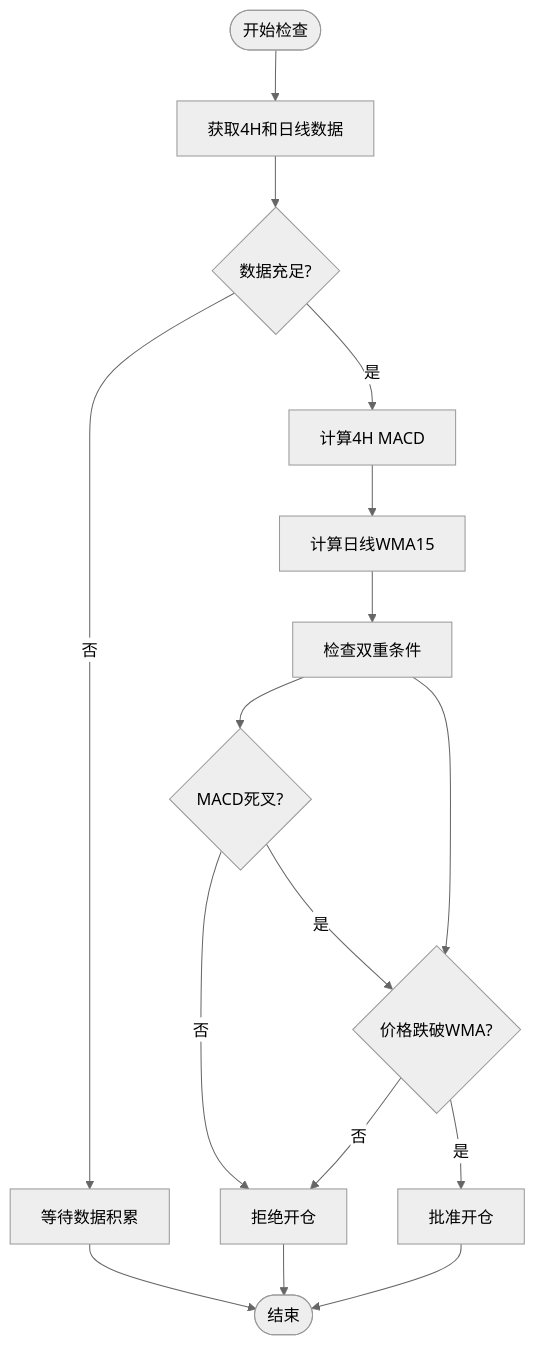
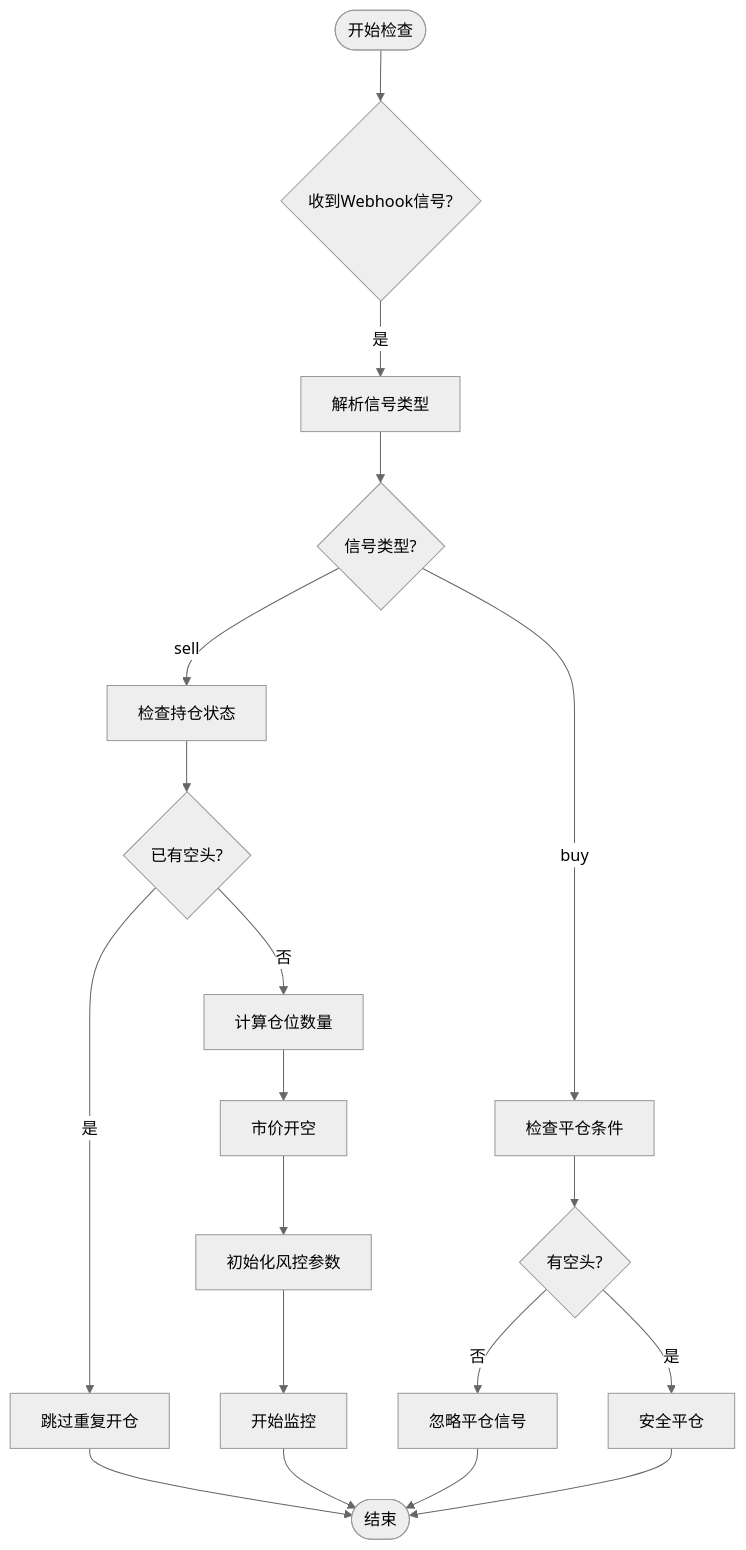
The fifth of 9 diagrams in .qoder/repowiki/zh/content/核心模块详解/策略框架/具体策略实现/HYPE自适应做空策略.md (zyf266/ending), drawn with Mermaid (neutral theme) before and after one commit. The commit also changed other lines of this file and 40 other files, not shown here.

````diff
--- a/.qoder/repowiki/zh/content/核心模块详解/策略框架/具体策略实现/HYPE自适应做空策略.md
+++ b/.qoder/repowiki/zh/content/核心模块详解/策略框架/具体策略实现/HYPE自适应做空策略.md
@@ -160,18 +206,21 @@
 ```mermaid
 flowchart TD
-Start([开始检查]) --> GetData["获取4H和日线数据"]
-GetData --> CheckData{"数据充足?"}
-CheckData --> |否| WaitData["等待数据积累"]
-CheckData --> |是| CalcMACD["计算4H MACD"]
-CalcMACD --> CalcWMA["计算日线WMA15"]
-CalcWMA --> CheckConditions["检查双重条件"]
-CheckConditions --> MACDCondition{"MACD死叉?"}
-CheckConditions --> PriceCondition{"价格跌破WMA?"}
-MACDCondition --> |否| Reject["拒绝开仓"]
-PriceCondition --> |否| Reject
-MACDCondition --> |是| PriceCondition
-PriceCondition --> |是| Approve["批准开仓"]
-Reject --> End([结束])
-Approve --> End
-WaitData --> End
+Start([开始检查]) --> CheckSignal{"收到Webhook信号?"}
+CheckSignal --> |是| ParseSignal["解析信号类型"]
+ParseSignal --> CheckType{"信号类型?"}
+CheckType --> |sell| CheckPosition["检查持仓状态"]
+CheckType --> |buy| CheckClose["检查平仓条件"]
+CheckPosition --> HasPosition{"已有空头?"}
+HasPosition --> |是| Skip["跳过重复开仓"]
+HasPosition --> |否| CalcQty["计算仓位数量"]
+CalcQty --> PlaceOrder["市价开空"]
+PlaceOrder --> InitRisk["初始化风控参数"]
+InitRisk --> Monitor["开始监控"]
+CheckClose --> HasShort{"有空头?"}
+HasShort --> |否| SkipClose["忽略平仓信号"]
+HasShort --> |是| SafeClose["安全平仓"]
+Skip --> End([结束])
+SkipClose --> End
+SafeClose --> End
+Monitor --> End
 ```
````
